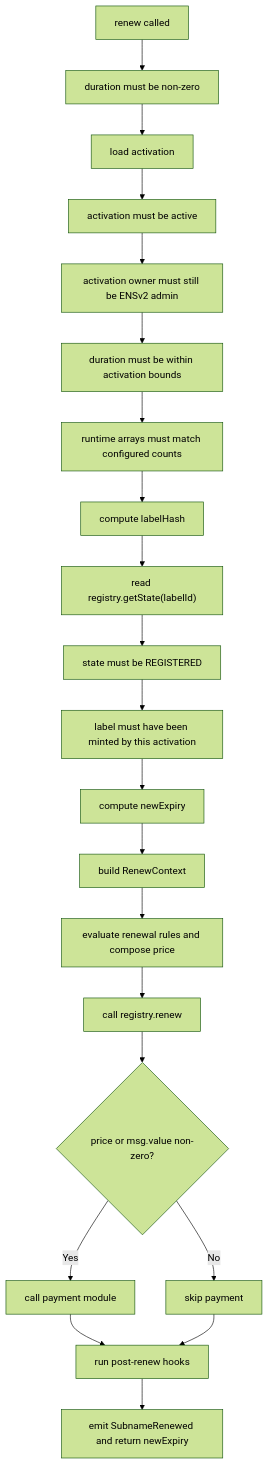
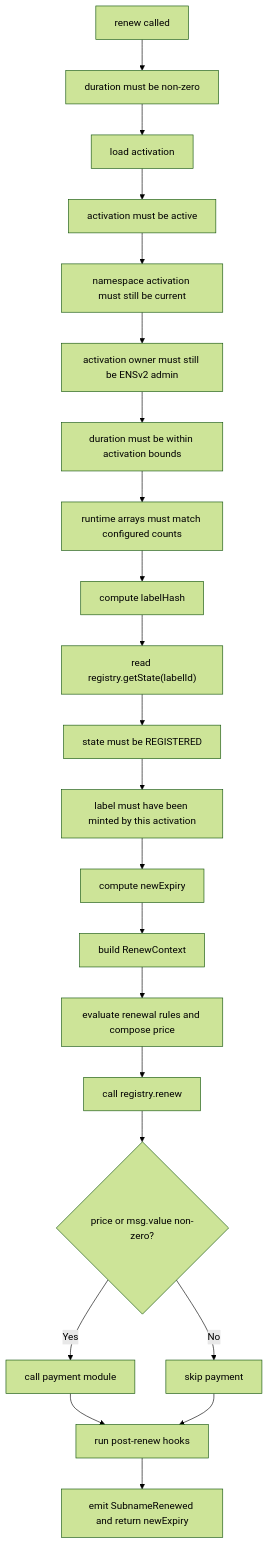
Before and after one commit to envoy1084/namespace-contracts-v2: the first of 2 diagrams in docs/07-renewal-flow.md, drawn with Mermaid (forest theme). The commit also changed other lines of this file and 25 other files, not shown here.

````diff
--- a/docs/07-renewal-flow.md
+++ b/docs/07-renewal-flow.md
@@ -30,23 +30,24 @@
 ```mermaid
 flowchart TD
     A["renew called"] --> B["duration must be non-zero"]
     B --> C["load activation"]
     C --> D["activation must be active"]
-    D --> E["activation owner must still be ENSv2 admin"]
-    E --> F["duration must be within activation bounds"]
-    F --> G["runtime arrays must match configured counts"]
-    G --> H["compute labelHash"]
-    H --> I["read registry.getState(labelId)"]
-    I --> J["state must be REGISTERED"]
-    J --> K["label must have been minted by this activation"]
-    K --> L["compute newExpiry"]
-    L --> M["build RenewContext"]
-    M --> N["evaluate renewal rules and compose price"]
-    N --> O["call registry.renew"]
-    O --> P{"price or msg.value non-zero?"}
-    P -->|"Yes"| Q["call payment module"]
-    P -->|"No"| R["skip payment"]
-    Q --> S["run post-renew hooks"]
-    R --> S
-    S --> T["emit SubnameRenewed and return newExpiry"]
+    D --> E["namespace activation must still be current"]
+    E --> F["activation owner must still be ENSv2 admin"]
+    F --> G["duration must be within activation bounds"]
+    G --> H["runtime arrays must match configured counts"]
+    H --> I["compute labelHash"]
+    I --> J["read registry.getState(labelId)"]
+    J --> K["state must be REGISTERED"]
+    K --> L["label must have been minted by this activation"]
+    L --> M["compute newExpiry"]
+    M --> N["build RenewContext"]
+    N --> O["evaluate renewal rules and compose price"]
+    O --> P["call registry.renew"]
+    P --> Q{"price or msg.value non-zero?"}
+    Q -->|"Yes"| R["call payment module"]
+    Q -->|"No"| S["skip payment"]
+    R --> T["run post-renew hooks"]
+    S --> T
+    T --> U["emit SubnameRenewed and return newExpiry"]
 ```
````
